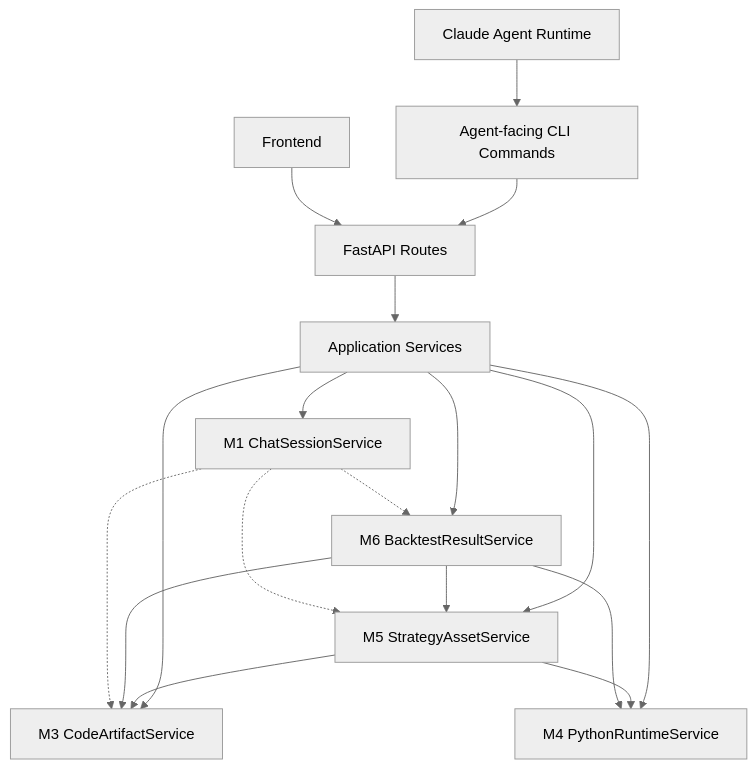
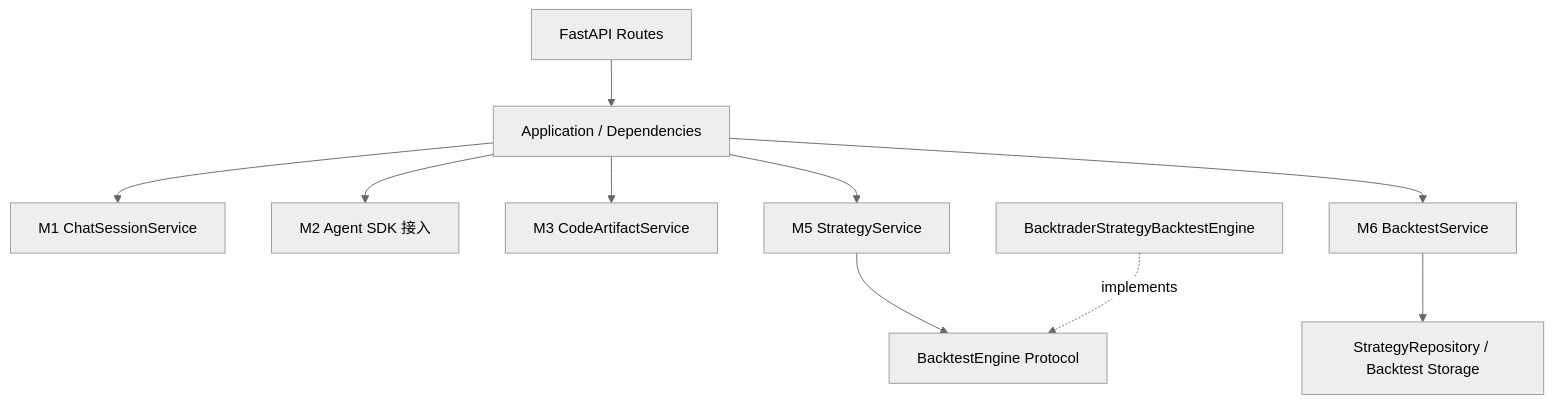
One commit to hyf001/chat-quant changed the third of 4 diagrams in docs/概要设计说明书.md. Above: the diagram before and after it, drawn with Mermaid (neutral theme). The commit also changed other lines of this file and 44 other files, not shown here.

````diff
--- a/docs/概要设计说明书.md
+++ b/docs/概要设计说明书.md
@@ -257,21 +192,12 @@
 ```mermaid
 flowchart TB
-    AGENT["Claude Agent Runtime"] --> CLI["Agent-facing CLI Commands"]
-    CLI --> ROUTE["FastAPI Routes"]
-    WEB["Frontend"] --> ROUTE
-    ROUTE --> APP["Application Services"]
+    ROUTE["FastAPI Routes"] --> APP["Application / Dependencies"]
     APP --> M1["M1 ChatSessionService"]
+    APP --> M2["M2 Agent SDK 接入"]
     APP --> M3["M3 CodeArtifactService"]
-    APP --> M4["M4 PythonRuntimeService"]
-    APP --> M5["M5 StrategyAssetService"]
-    APP --> M6["M6 BacktestResultService"]
-
-    M5 --> M3
-    M5 --> M4
-    M6 --> M5
-    M6 --> M3
-    M6 --> M4
-    M1 -.-> M3
-    M1 -.-> M5
-    M1 -.-> M6
+    APP --> M5["M5 StrategyService"]
+    APP --> M6["M6 BacktestService"]
+    M5 --> M6P["BacktestEngine Protocol"]
+    M6 --> REPO["StrategyRepository / Backtest Storage"]
+    BTI["BacktraderStrategyBacktestEngine"] -.implements.-> M6P
 ```
````
